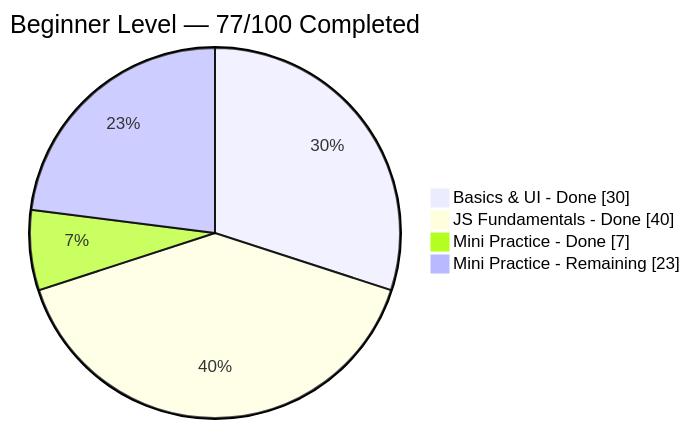
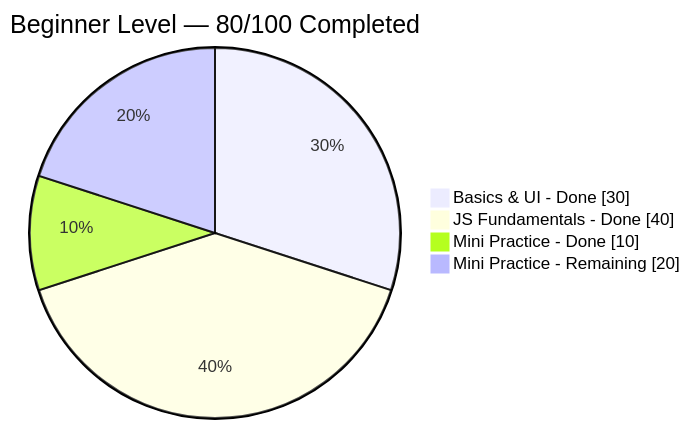
The diagram in Beginner-Level/README.md (Debanga-06/Code-Odessey), drawn with Mermaid before and after one commit. The commit also changed other lines of this file and 4 other files, not shown here.

````diff
--- a/Beginner-Level/README.md
+++ b/Beginner-Level/README.md
@@ -27,8 +27,8 @@
 ```mermaid
 pie showData
-    title Beginner Level — 77/100 Completed
+    title Beginner Level — 80/100 Completed
     "Basics & UI - Done" : 30
     "JS Fundamentals - Done" : 40
-    "Mini Practice - Done" : 7
-    "Mini Practice - Remaining" : 23
+    "Mini Practice - Done" : 10
+    "Mini Practice - Remaining" : 20
 ```
````
